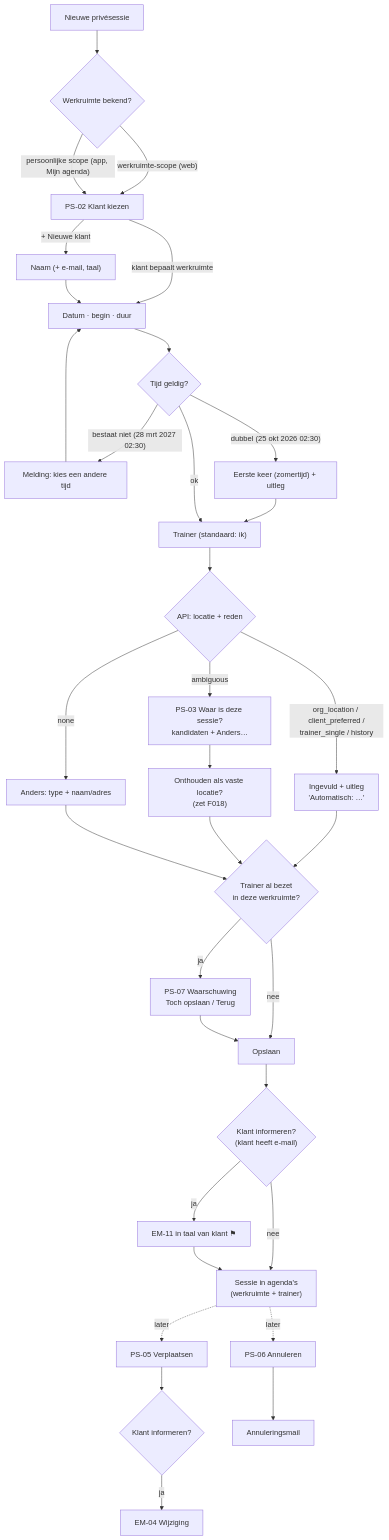
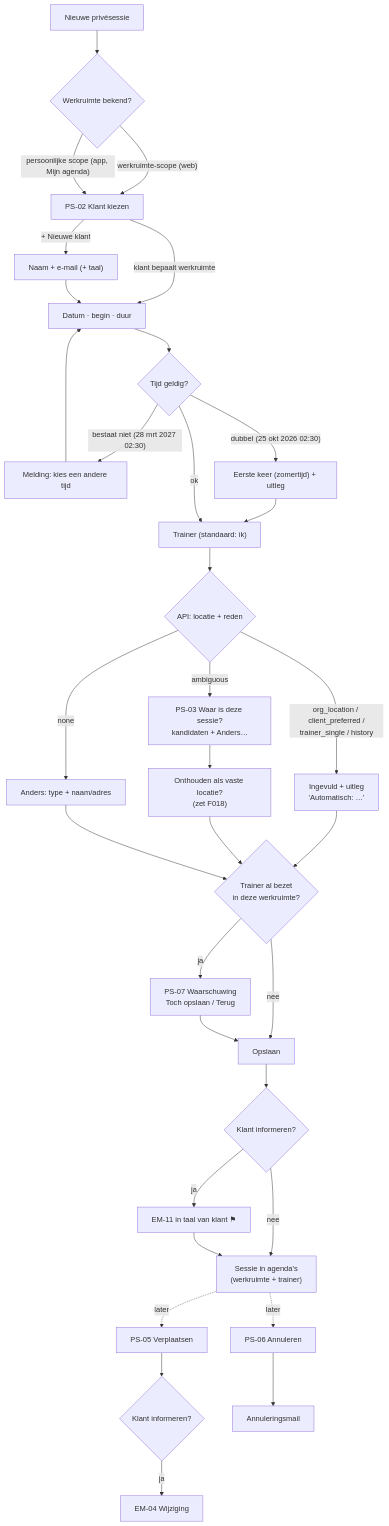
One commit to fivvi-app/fivvi changed the diagram in docs/design/flows/04-private-session.md. Above: the diagram before and after it, drawn with Mermaid. The commit also changed other lines of this file and 3 other files, not shown here.

Commit message:
docs(F006): drop the last no-email cases from the private-session flow and define joined

````diff
--- a/docs/design/flows/04-private-session.md
+++ b/docs/design/flows/04-private-session.md
@@ -42,31 +42,31 @@
 ```mermaid
 flowchart TD
   start["Nieuwe privésessie"] --> ws{"Werkruimte bekend?"}
   ws -- "werkruimte-scope (web)" --> client
   ws -- "persoonlijke scope (app, Mijn agenda)" --> client["PS-02 Klant kiezen"]
   client -- "klant bepaalt werkruimte" --> when["Datum · begin · duur"]
-  client -- "+ Nieuwe klant" --> newc["Naam (+ e-mail, taal)"] --> when
+  client -- "+ Nieuwe klant" --> newc["Naam + e-mail (+ taal)"] --> when
   when --> dst{"Tijd geldig?"}
   dst -- "bestaat niet (28 mrt 2027 02:30)" --> fixtime["Melding: kies een andere tijd"] --> when
   dst -- "dubbel (25 okt 2026 02:30)" --> amb["Eerste keer (zomertijd) + uitleg"] --> trainer
   dst -- "ok" --> trainer["Trainer (standaard: ik)"]
   trainer --> infer{"API: locatie + reden"}
   infer -- "org_location / client_preferred /<br/>trainer_single / history" --> auto["Ingevuld + uitleg<br/>'Automatisch: …'"]
   infer -- "ambiguous" --> ask["PS-03 Waar is deze sessie?<br/>kandidaten + Anders…"]
   infer -- "none" --> other["Anders: type + naam/adres"]
   ask --> remember["Onthouden als vaste locatie?<br/>(zet F018)"]
   auto --> conflict{"Trainer al bezet<br/>in deze werkruimte?"}
   remember --> conflict
   other --> conflict
   conflict -- "ja" --> ps07["PS-07 Waarschuwing<br/>Toch opslaan / Terug"]
   conflict -- "nee" --> save["Opslaan"]
   ps07 --> save
-  save --> mail{"Klant informeren?<br/>(klant heeft e-mail)"}
+  save --> mail{"Klant informeren?"}
   mail -- "ja" --> em11["EM-11 in taal van klant ⚑"]
   mail -- "nee" --> done["Sessie in agenda's<br/>(werkruimte + trainer)"]
   em11 --> done
 
   done -. "later" .-> move["PS-05 Verplaatsen"]
   move --> mail2{"Klant informeren?"} -- "ja" --> em04["EM-04 Wijziging"]
   done -. "later" .-> cancel["PS-06 Annuleren"] --> em05["Annuleringsmail"]
 ```
````
